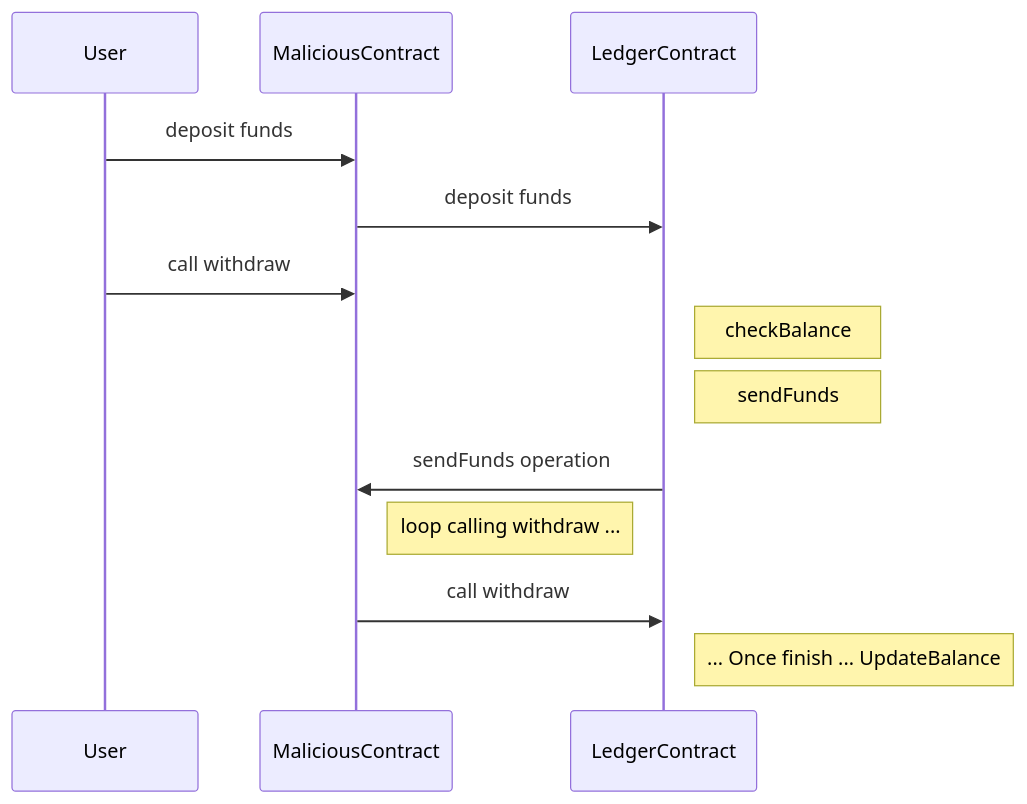
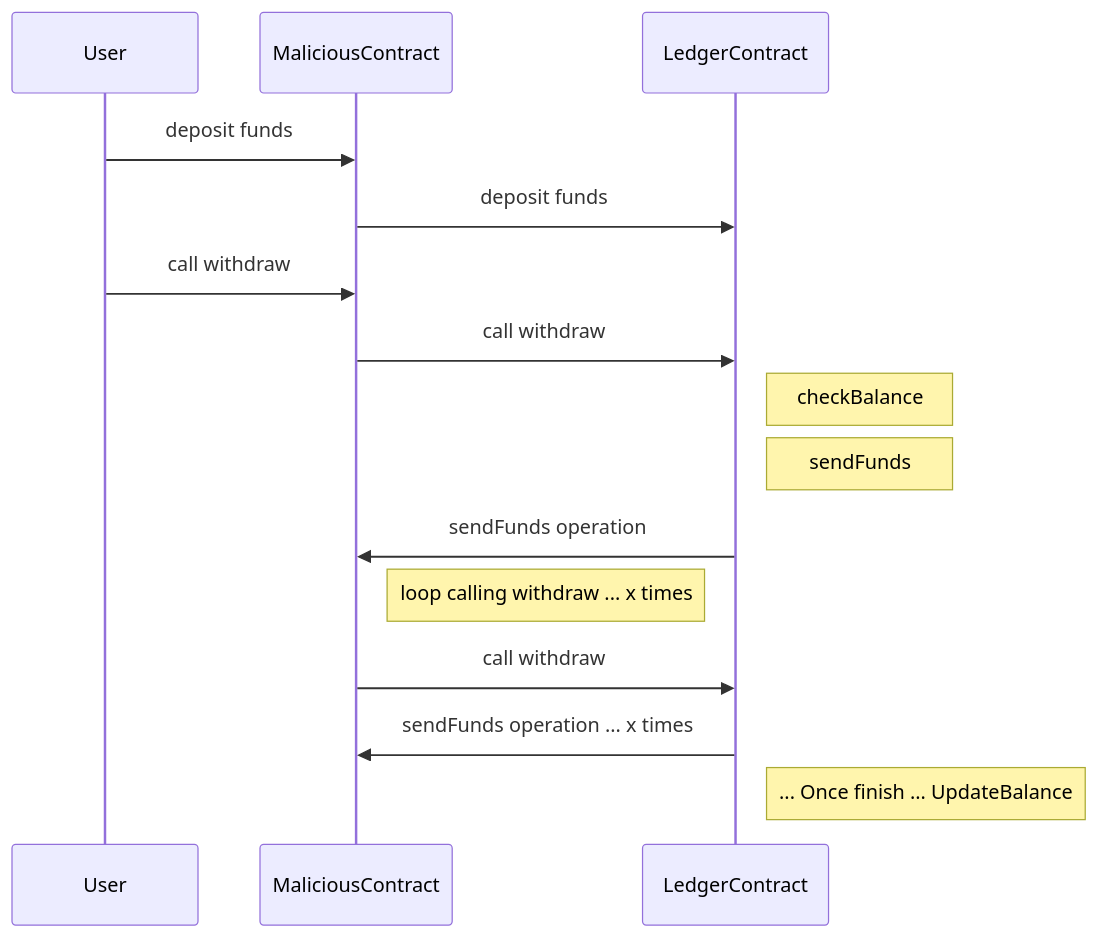
One commit to marigold-dev/training-security-2 changed the first of 2 diagrams in README.md. Above: the diagram before and after it, drawn with Mermaid. The commit also changed other lines of this file, not shown here.

````diff
--- a/README.md
+++ b/README.md
@@ -69,12 +69,14 @@
 ```mermaid
 sequenceDiagram
   User->>MaliciousContract: deposit funds
   MaliciousContract->>LedgerContract: deposit funds
   User->>MaliciousContract: call withdraw
+  MaliciousContract->>LedgerContract: call withdraw
   Note right of LedgerContract: checkBalance
   Note right of LedgerContract: sendFunds
   LedgerContract->>MaliciousContract: sendFunds operation
-  Note right of MaliciousContract: loop calling withdraw ...
+  Note right of MaliciousContract: loop calling withdraw ... x times
   MaliciousContract->>LedgerContract: call withdraw
+  LedgerContract->>MaliciousContract: sendFunds operation  ... x times
   Note right of LedgerContract: ... Once finish ... UpdateBalance
 ```
````
